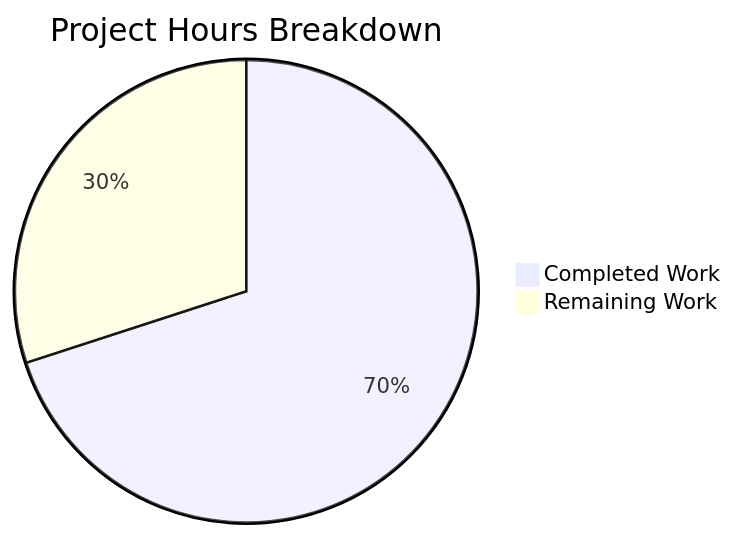
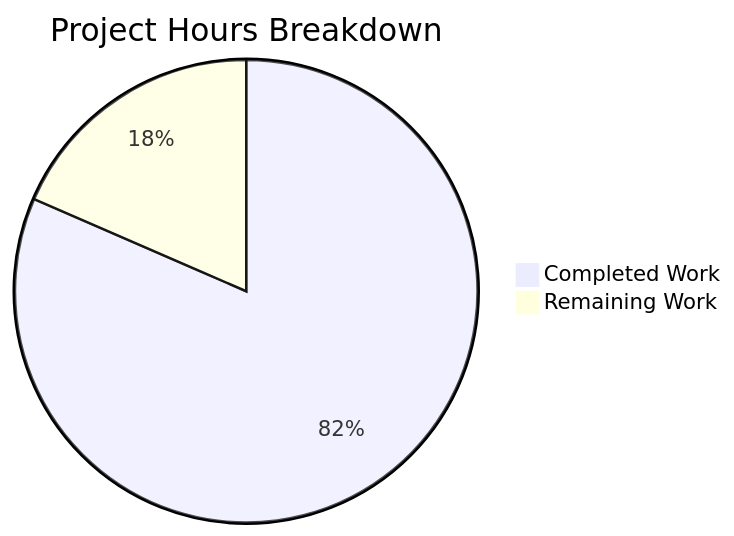
The diagram in blitzy/documentation/Project Guide.md (Akamai-Open-Source/cli), drawn with Mermaid before and after one commit. The commit also changed other lines of this file, not shown here.

Commit message:
Adding Blitzy Project Guide: Project Status and Human Tasks Remaining

````diff
--- a/blitzy/documentation/Project Guide.md
+++ b/blitzy/documentation/Project Guide.md
@@ -68,5 +114,5 @@
 ```mermaid
 pie title Project Hours Breakdown
-    "Completed Work" : 35
-    "Remaining Work" : 15
+    "Completed Work" : 75
+    "Remaining Work" : 17
 ```
````
